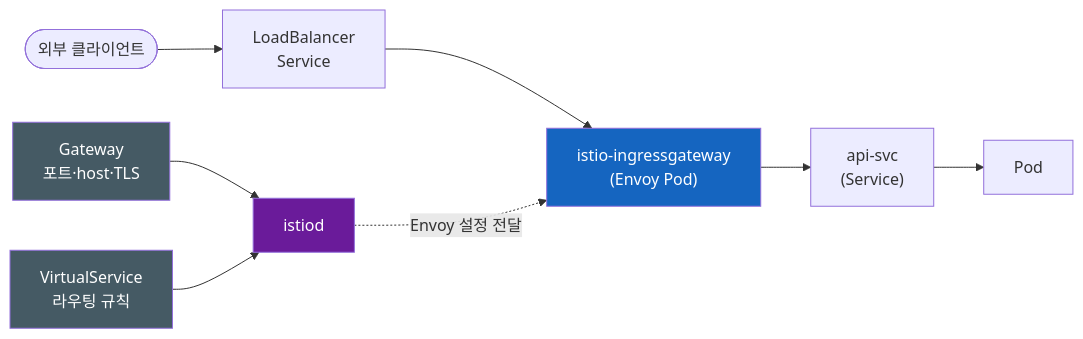
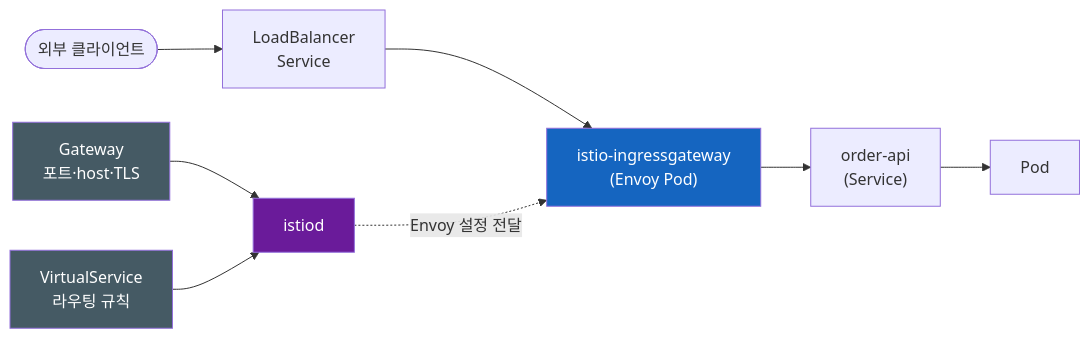
Before and after one commit to sskim91/TIL: the second of 2 diagrams in kubernetes/Istio-Ingress-Gateway-Ingress가-있는데-왜-VirtualService를-따로-쓸까.md, drawn with Mermaid. The commit also changed other lines of this file and 39 other files, not shown here.

````diff
--- a/kubernetes/Istio-Ingress-Gateway-Ingress가-있는데-왜-VirtualService를-따로-쓸까.md
+++ b/kubernetes/Istio-Ingress-Gateway-Ingress가-있는데-왜-VirtualService를-따로-쓸까.md
@@ -101,16 +103,16 @@
 ```mermaid
 flowchart LR
     C(["외부 클라이언트"]) --> LB["LoadBalancer<br>Service"]
     LB --> GW["istio-ingressgateway<br>(Envoy Pod)"]
-    GW --> SVC["api-svc<br>(Service)"]
+    GW --> SVC["order-api<br>(Service)"]
     SVC --> POD["Pod"]
 
     G["Gateway<br>포트·host·TLS"] --> ISTIOD["istiod"]
     V["VirtualService<br>라우팅 규칙"] --> ISTIOD
     ISTIOD -.->|"Envoy 설정 전달"| GW
 
     style GW fill:#1565C0,color:#fff
     style ISTIOD fill:#6A1B9A,color:#fff
     style G fill:#455A64,color:#fff
     style V fill:#455A64,color:#fff
 ```
````
